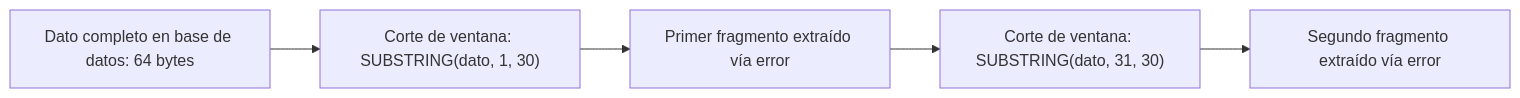
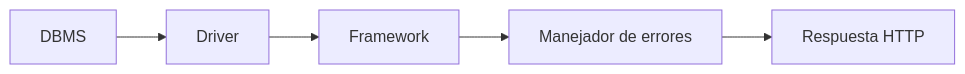
One commit to purpesec/Cybersecurity-For-Beginners changed the third of 3 diagrams in pentesting-web/02-sql-injection/04-error-based-sqli/README.md. Above: the diagram before and after it, drawn with Mermaid. The commit also changed other lines of this file and 8 other files, not shown here.

````diff
--- a/pentesting-web/02-sql-injection/04-error-based-sqli/README.md
+++ b/pentesting-web/02-sql-injection/04-error-based-sqli/README.md
@@ -146,7 +141,7 @@
 ```mermaid
 flowchart LR
-    A["Dato completo en base de datos: 64 bytes"] --> B["Corte de ventana: SUBSTRING(dato, 1, 30)"]
-    B --> C["Primer fragmento extraído vía error"]
-    C --> D["Corte de ventana: SUBSTRING(dato, 31, 30)"]
-    D --> E["Segundo fragmento extraído vía error"]
+    A[DBMS] --> B[Driver]
+    B --> C[Framework]
+    C --> D[Manejador de errores]
+    D --> E[Respuesta HTTP]
 ```
````
